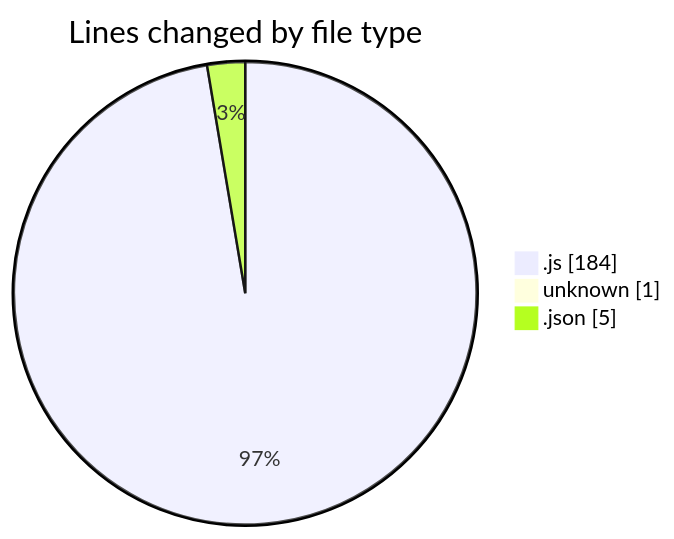
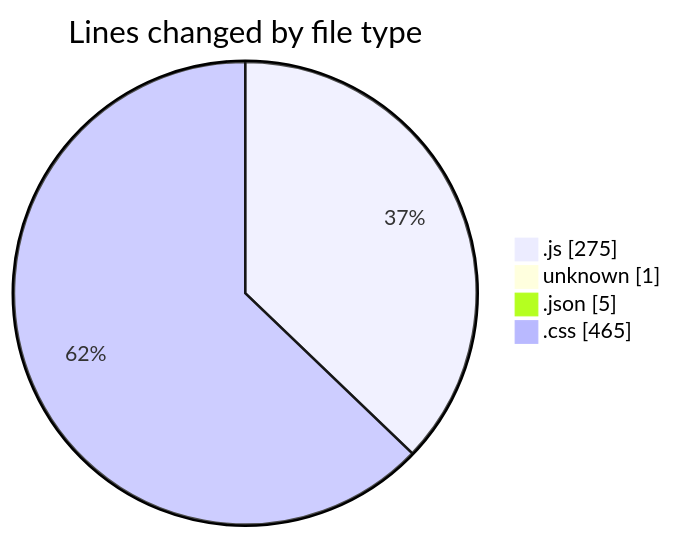
Before and after one commit to BS-eng2023/code-tracking: the first of 2 diagrams in 2025-03-27/vms-backend/README.md, drawn with Mermaid. The commit also changed other lines of this file and 1 other file, not shown here.

````diff
--- a/2025-03-27/vms-backend/README.md
+++ b/2025-03-27/vms-backend/README.md
@@ -26,7 +28,8 @@
 ```mermaid
 pie showData
 title Lines changed by file type
-".js" : 184
+".js" : 275
 "unknown" : 1
 ".json" : 5
+".css" : 465
 ```
````
